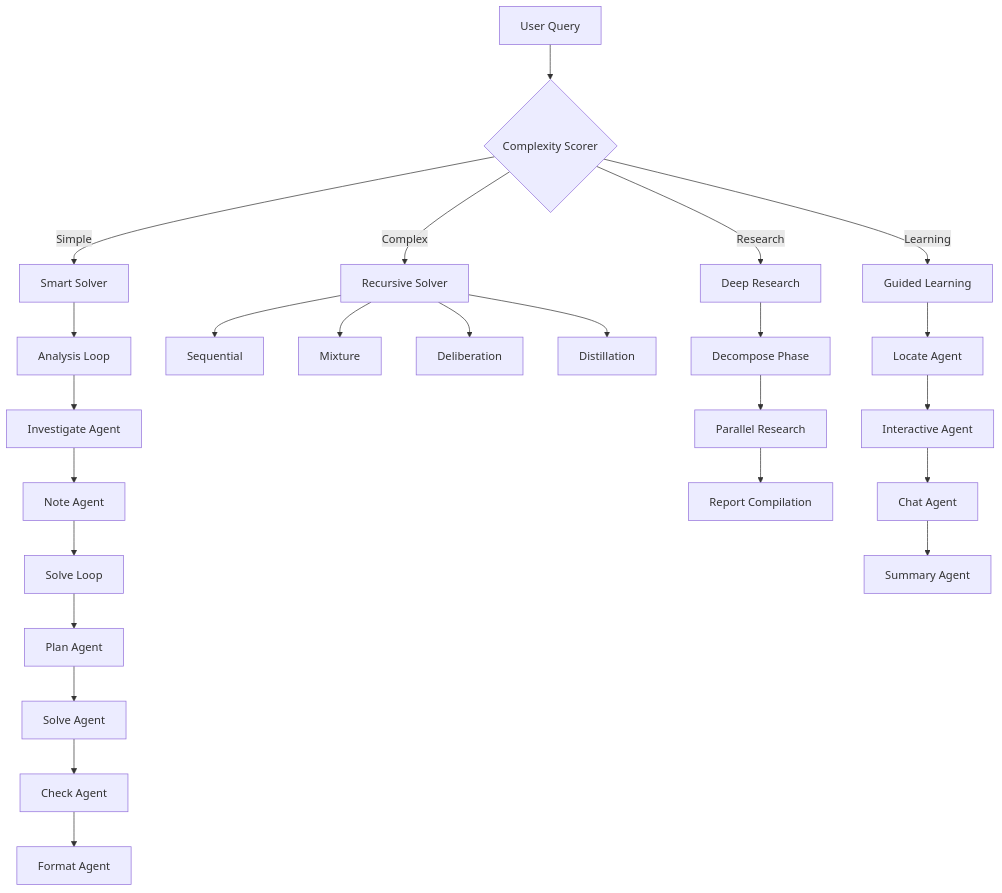
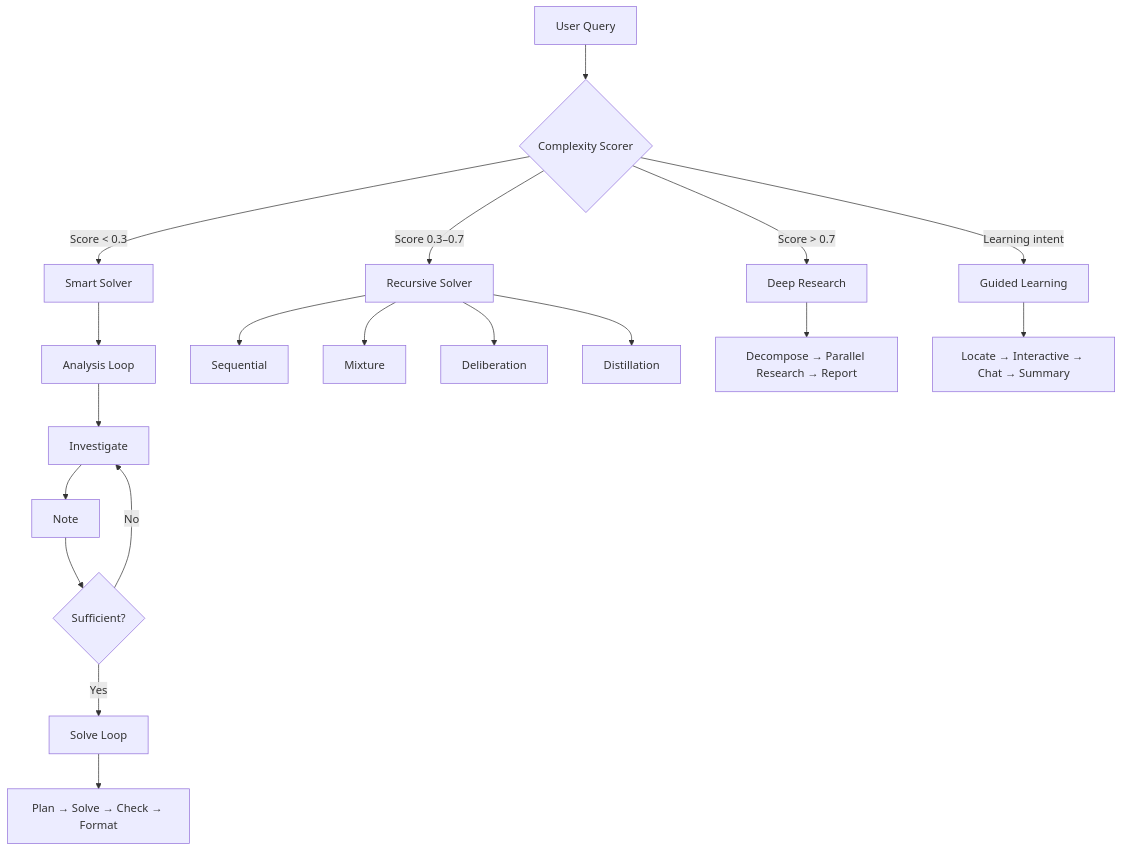
The third of 6 diagrams in README.md (shinshekai/Deep), drawn with Mermaid before and after one commit. The commit also changed other lines of this file and 1 other file, not shown here.

First line of the commit message:
docs: rewrite architecture documentation with accurate codebase mapping

````diff
--- a/README.md
+++ b/README.md
@@ -124,31 +148,25 @@
 ```mermaid
 graph TD
     A[User Query] --> B{Complexity Scorer}
-    B -->|Simple| C[Smart Solver]
-    B -->|Complex| D[Recursive Solver]
-    B -->|Research| E[Deep Research]
-    B -->|Learning| F[Guided Learning]
+    B -->|Score < 0.3| C[Smart Solver]
+    B -->|Score 0.3–0.7| D[Recursive Solver]
+    B -->|Score > 0.7| E[Deep Research]
+    B -->|Learning intent| F[Guided Learning]
 
     C --> C1[Analysis Loop]
-    C1 --> C2[Investigate Agent]
-    C2 --> C3[Note Agent]
-    C3 --> C4[Solve Loop]
-    C4 --> C5[Plan Agent]
-    C5 --> C6[Solve Agent]
-    C6 --> C7[Check Agent]
-    C7 --> C8[Format Agent]
+    C1 --> C2[Investigate]
+    C2 --> C3[Note]
+    C3 --> C4{Sufficient?}
+    C4 -->|No| C2
+    C4 -->|Yes| C5[Solve Loop]
+    C5 --> C6[Plan → Solve → Check → Format]
 
     D --> D1[Sequential]
     D --> D2[Mixture]
     D --> D3[Deliberation]
     D --> D4[Distillation]
 
-    E --> E1[Decompose Phase]
-    E1 --> E2[Parallel Research]
-    E2 --> E3[Report Compilation]
+    E --> E1[Decompose → Parallel Research → Report]
 
-    F --> F1[Locate Agent]
-    F1 --> F2[Interactive Agent]
-    F2 --> F3[Chat Agent]
-    F3 --> F4[Summary Agent]
+    F --> F1[Locate → Interactive → Chat → Summary]
 ```
````
